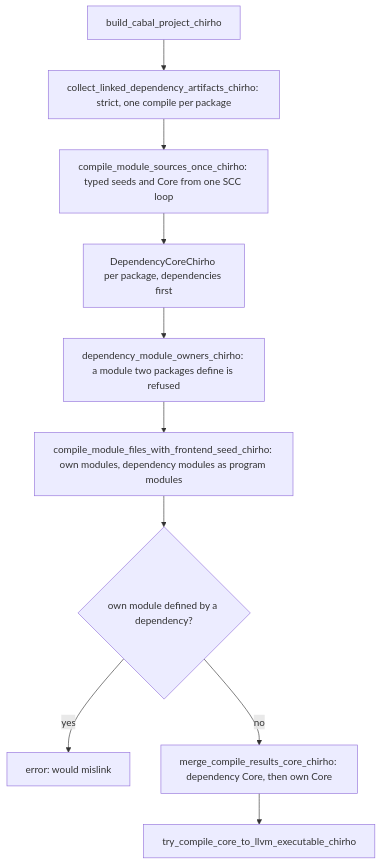
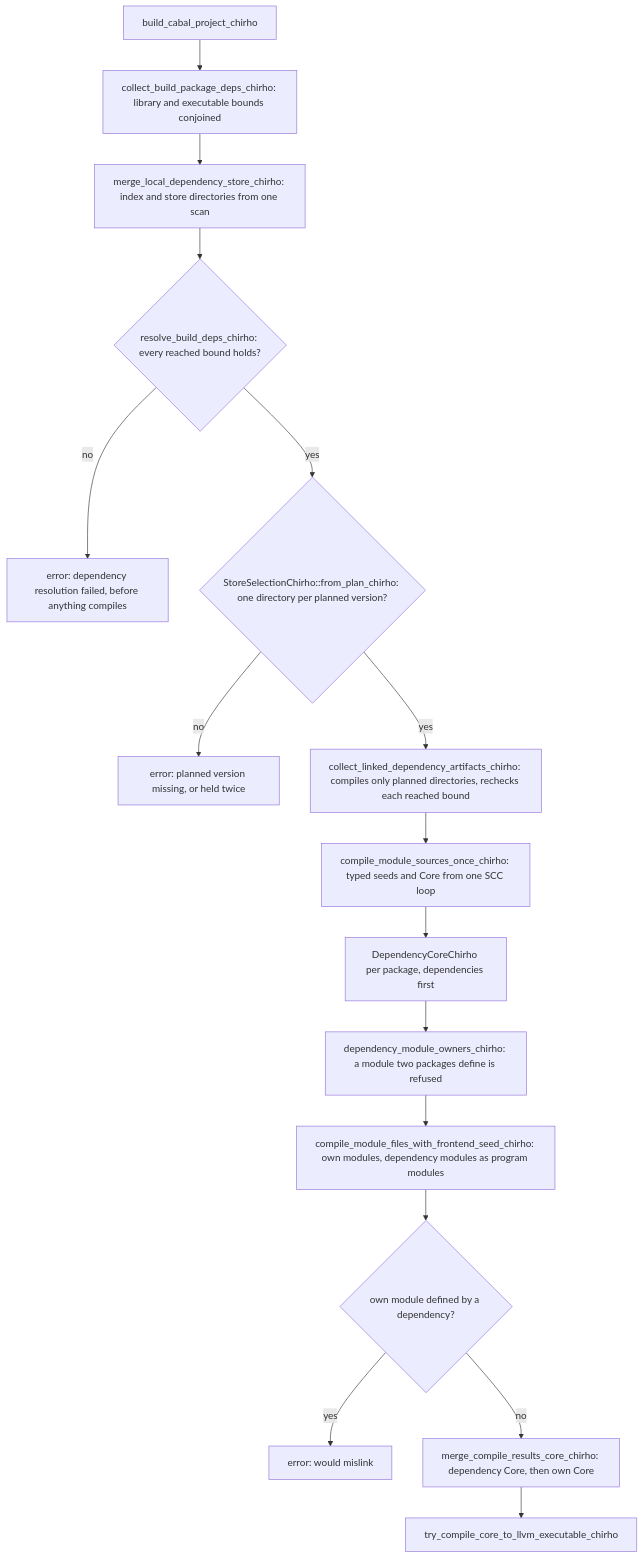
One commit to loveJesus/haskelujah-chirho changed the second of 2 diagrams in spec-chirho/workflows-chirho/development-chirho/package-source-install-chirho.md. Above: the diagram before and after it, drawn with Mermaid. The commit also changed other lines of this file and 3 other files, not shown here.

````diff
--- a/spec-chirho/workflows-chirho/development-chirho/package-source-install-chirho.md
+++ b/spec-chirho/workflows-chirho/development-chirho/package-source-install-chirho.md
@@ -96,12 +99,18 @@
 ```mermaid
 flowchart TD
-  build["build_cabal_project_chirho"] --> linked["collect_linked_dependency_artifacts_chirho: strict, one compile per package"]
+  build["build_cabal_project_chirho"] --> gather["collect_build_package_deps_chirho: library and executable bounds conjoined"]
+  gather --> store["merge_local_dependency_store_chirho: index and store directories from one scan"]
+  store --> resolve{"resolve_build_deps_chirho: every reached bound holds?"}
+  resolve -- no --> refuseplan["error: dependency resolution failed, before anything compiles"]
+  resolve -- yes --> select{"StoreSelectionChirho::from_plan_chirho: one directory per planned version?"}
+  select -- no --> refusedir["error: planned version missing, or held twice"]
+  select -- yes --> linked["collect_linked_dependency_artifacts_chirho: compiles only planned directories, rechecks each reached bound"]
   linked --> once["compile_module_sources_once_chirho: typed seeds and Core from one SCC loop"]
   once --> sink["DependencyCoreChirho per package, dependencies first"]
   sink --> owners["dependency_module_owners_chirho: a module two packages define is refused"]
   owners --> own["compile_module_files_with_frontend_seed_chirho: own modules, dependency modules as program modules"]
   own --> clash{"own module defined by a dependency?"}
   clash -- yes --> refuse["error: would mislink"]
   clash -- no --> merge["merge_compile_results_core_chirho: dependency Core, then own Core"]
   merge --> llvm["try_compile_core_to_llvm_executable_chirho"]
 ```
````
